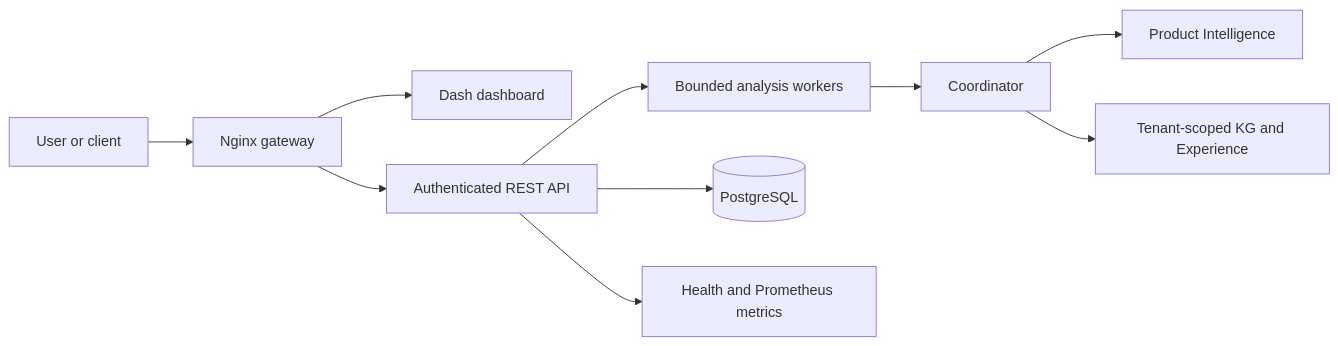
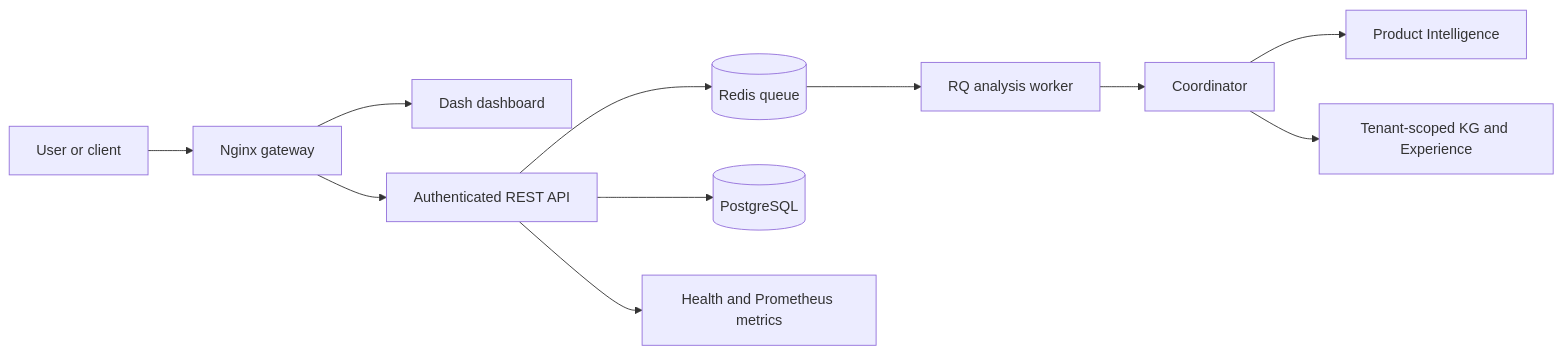
One commit to BigHeroUp/skills_agent changed the diagram in docs/PLATFORM_PRODUCTIZATION.md. Above: the diagram before and after it, drawn with Mermaid. The commit also changed other lines of this file and 18 other files, not shown here.

````diff
--- a/docs/PLATFORM_PRODUCTIZATION.md
+++ b/docs/PLATFORM_PRODUCTIZATION.md
@@ -11,12 +11,13 @@
 ```mermaid
 flowchart LR
     U[User or client] --> G[Nginx gateway]
     G --> D[Dash dashboard]
     G --> A[Authenticated REST API]
-    A --> J[Bounded analysis workers]
+    A --> R[(Redis queue)]
+    R --> J[RQ analysis worker]
     J --> C[Coordinator]
     C --> PI[Product Intelligence]
     A --> P[(PostgreSQL)]
     C --> T[Tenant-scoped KG and Experience]
     A --> M[Health and Prometheus metrics]
 ```
````
